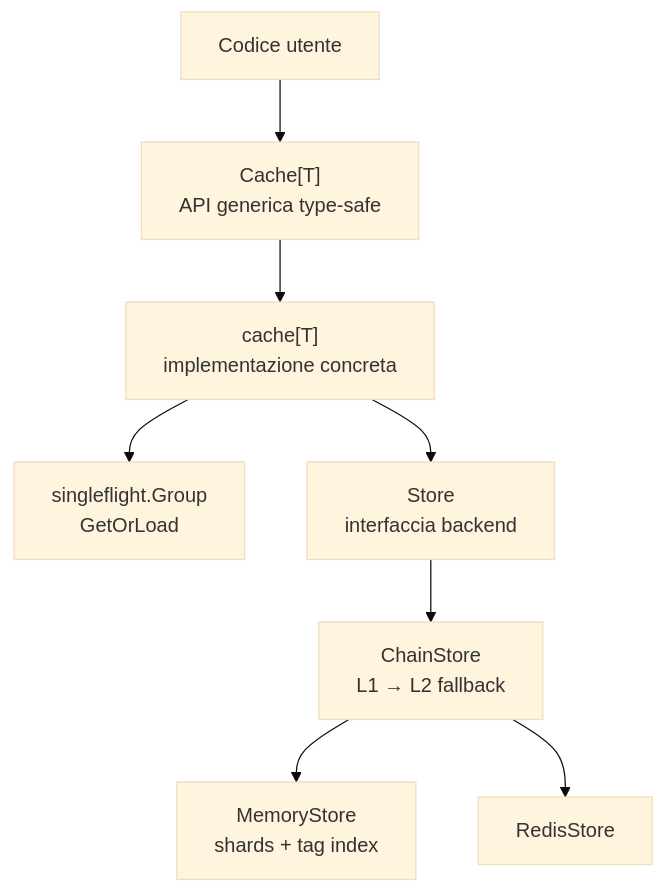
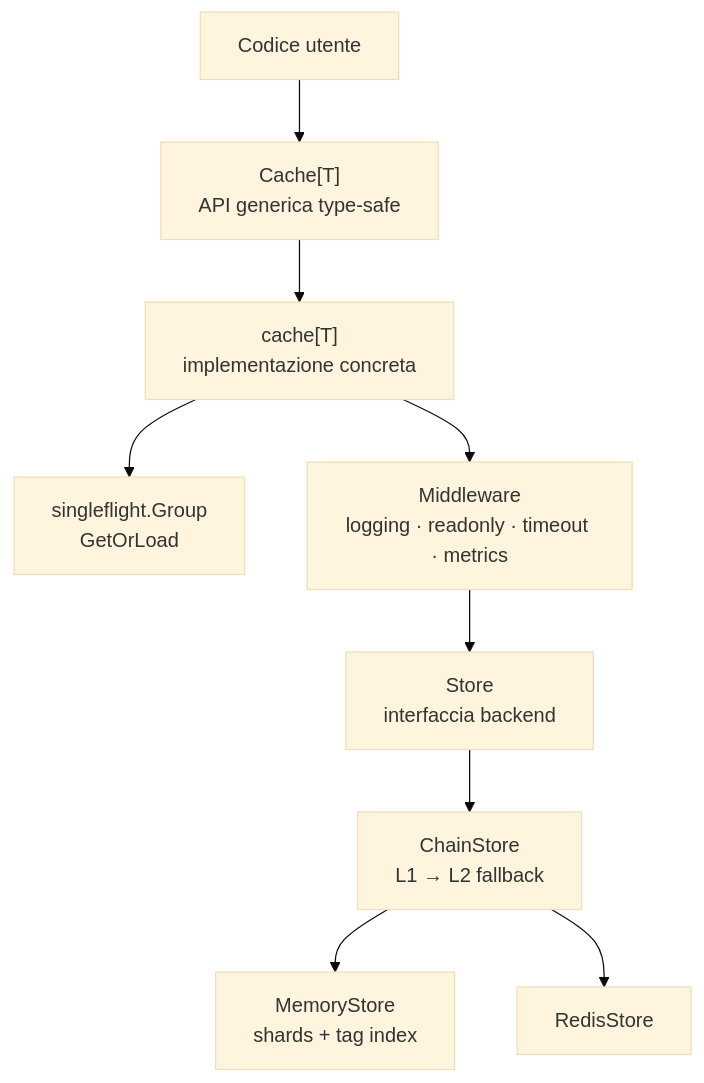
The diagram in docs/architecture/overview.md (giulio333/xcache), drawn with Mermaid (base theme) before and after one commit. The commit also changed other lines of this file and 1 other file, not shown here.

Commit message:
docs: update README and architecture overview for middleware layer
README: expand Middleware section with snippets for all four middlewares
(logging, readonly, timeout, metrics) and update features list.

overview.md: add Middleware node to architecture diagram and component list.

````diff
--- a/docs/architecture/overview.md
+++ b/docs/architecture/overview.md
@@ -5,19 +5,21 @@
 ```mermaid
 graph TD
     User["Codice utente"]
     CacheT["Cache[T]\nAPI generica type-safe"]
     Impl["cache[T]\nimplementazione concreta"]
     Singleflight["singleflight.Group\nGetOrLoad"]
+    Middleware["Middleware\nlogging · readonly · timeout · metrics"]
     Chain["ChainStore\nL1 → L2 fallback"]
     Store["Store\ninterfaccia backend"]
     Memory["MemoryStore\nshards + tag index"]
     Redis["RedisStore"]
 
     User --> CacheT
     CacheT --> Impl
-    Impl --> Store
     Impl --> Singleflight
+    Impl --> Middleware
+    Middleware --> Store
     Store --> Chain
     Chain --> Memory
     Chain --> Redis
 ```
````
